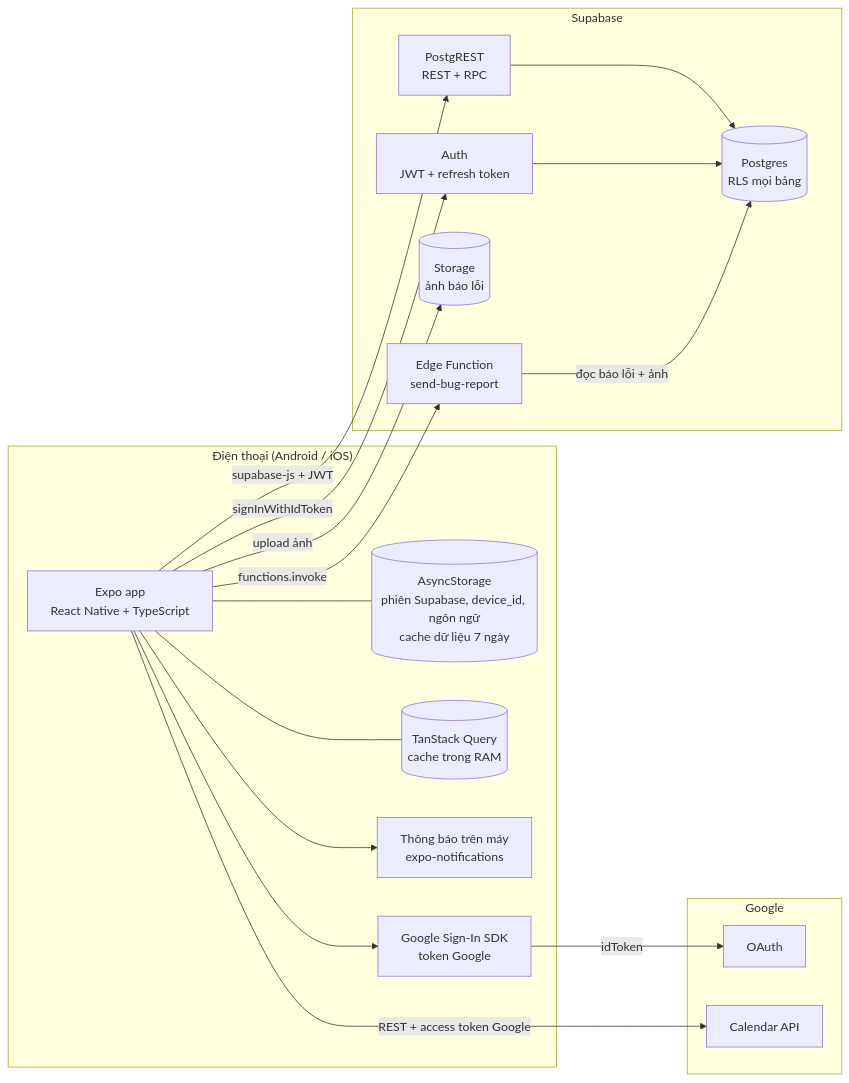
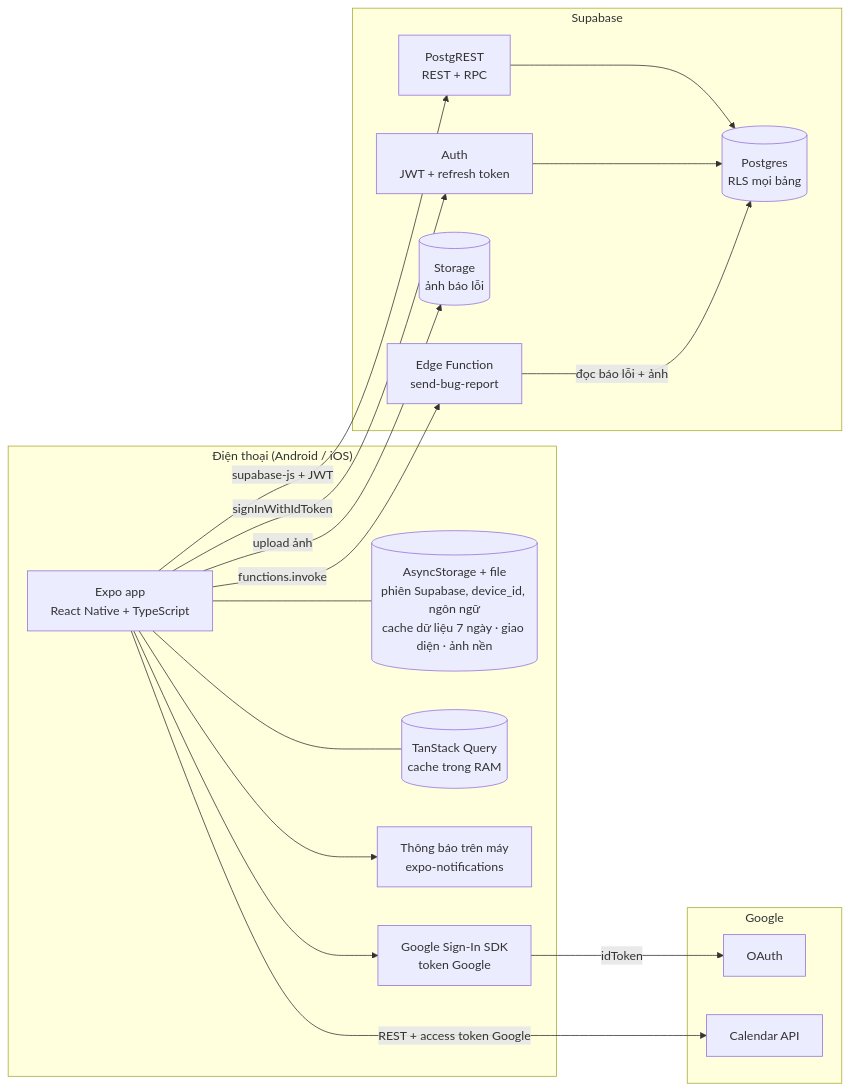
One commit to danhbuidcn/daynest changed the first of 3 diagrams in docs/specs/architecture/index.md. Above: the diagram before and after it, drawn with Mermaid. The commit also changed other lines of this file and 13 other files, not shown here.

Commit message:
docs: architecture per latest spec

````diff
--- a/docs/specs/architecture/index.md
+++ b/docs/specs/architecture/index.md
@@ -28,37 +29,37 @@
 ```mermaid
 flowchart LR
   subgraph Device["Điện thoại (Android / iOS)"]
     App["Expo app<br/>React Native + TypeScript"]
-    AS[("AsyncStorage<br/>phiên Supabase, device_id, ngôn ngữ<br/>cache dữ liệu 7 ngày")]
+    AS[("AsyncStorage + file<br/>phiên Supabase, device_id, ngôn ngữ<br/>cache dữ liệu 7 ngày · giao diện · ảnh nền")]
     Cache[("TanStack Query<br/>cache trong RAM")]
     Notif["Thông báo trên máy<br/>expo-notifications"]
     GSI["Google Sign-In SDK<br/>token Google"]
   end
 
   subgraph Supabase["Supabase"]
     Auth["Auth<br/>JWT + refresh token"]
     REST["PostgREST<br/>REST + RPC"]
     PG[("Postgres<br/>RLS mọi bảng")]
     Store[("Storage<br/>ảnh báo lỗi")]
     Fn["Edge Function<br/>send-bug-report"]
   end
 
   subgraph GoogleSide["Google"]
     Google["OAuth"]
     GCal["Calendar API"]
   end
 
   App --- AS
   App --- Cache
   App --> Notif
   App --> GSI
   GSI -->|"idToken"| Google
   App -->|"signInWithIdToken"| Auth
   App -->|"supabase-js + JWT"| REST
   REST --> PG
   Auth --> PG
   App -->|"REST + access token Google"| GCal
   App -->|"upload ảnh"| Store
   App -->|"functions.invoke"| Fn
   Fn -->|"đọc báo lỗi + ảnh"| PG
 ```
````
